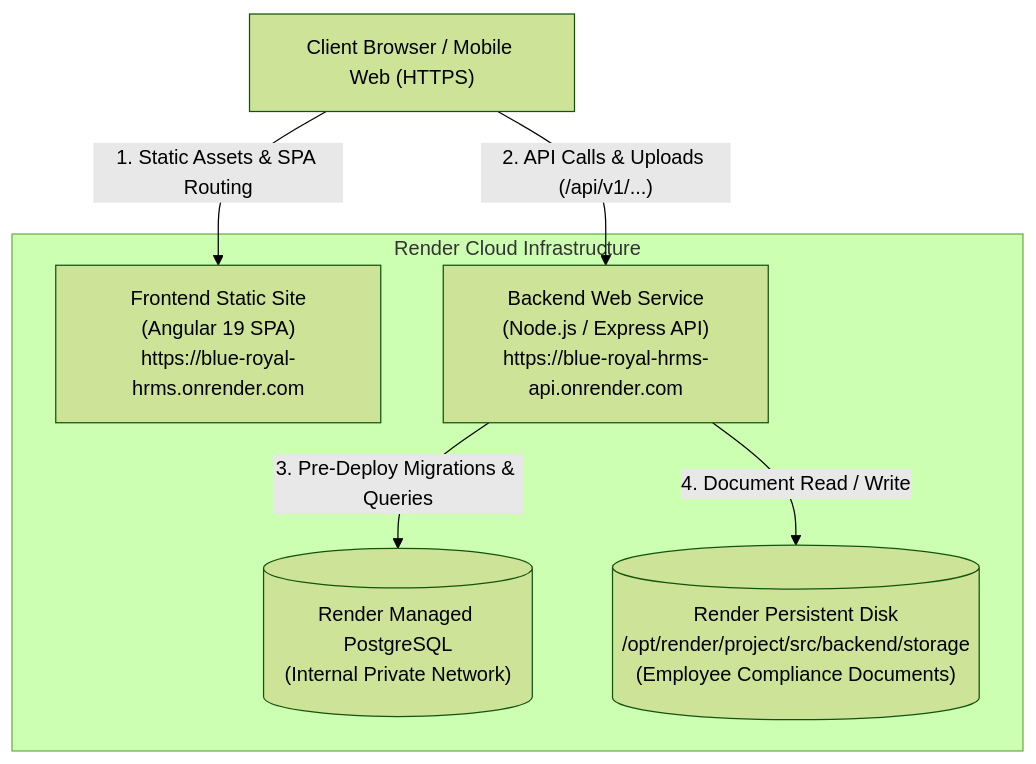
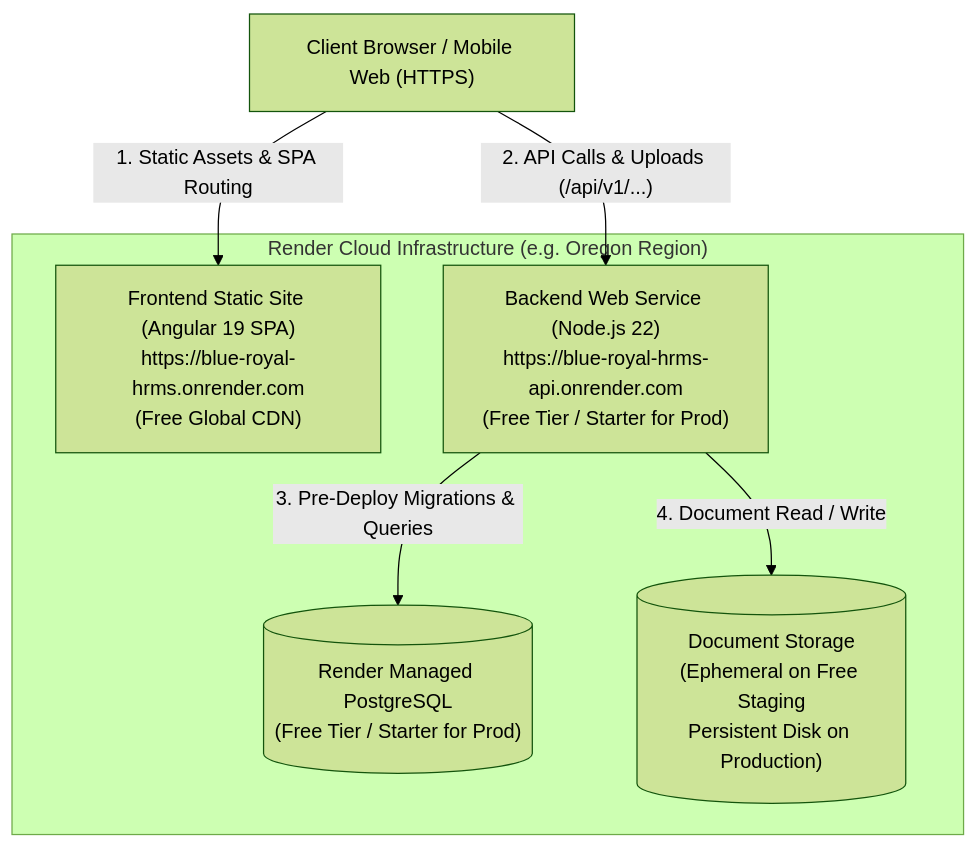
The diagram in docs/deployment/RENDER_DEPLOYMENT.md (VijayTallolli12/BlueRoyal), drawn with Mermaid (forest theme) before and after one commit. The commit also changed other lines of this file and 1 other file, not shown here.

Commit message:
Free Render account setup

````diff
--- a/docs/deployment/RENDER_DEPLOYMENT.md
+++ b/docs/deployment/RENDER_DEPLOYMENT.md
@@ -9,16 +22,16 @@
 ```mermaid
 flowchart TB
     User["Client Browser / Mobile Web (HTTPS)"]
     
-    subgraph Render["Render Cloud Infrastructure"]
-        StaticSite["Frontend Static Site<br/>(Angular 19 SPA)<br/>https://blue-royal-hrms.onrender.com"]
-        WebService["Backend Web Service<br/>(Node.js / Express API)<br/>https://blue-royal-hrms-api.onrender.com"]
-        ManagedDB[("Render Managed PostgreSQL<br/>(Internal Private Network)")]
-        Disk[("Render Persistent Disk<br/>/opt/render/project/src/backend/storage<br/>(Employee Compliance Documents)")]
+    subgraph Render["Render Cloud Infrastructure (e.g. Oregon Region)"]
+        StaticSite["Frontend Static Site (Angular 19 SPA)<br/>https://blue-royal-hrms.onrender.com<br/>(Free Global CDN)"]
+        WebService["Backend Web Service (Node.js 22)<br/>https://blue-royal-hrms-api.onrender.com<br/>(Free Tier / Starter for Prod)"]
+        ManagedDB[("Render Managed PostgreSQL<br/>(Free Tier / Starter for Prod)")]
+        Disk[("Document Storage<br/>(Ephemeral on Free Staging<br/>Persistent Disk on Production)")]
     end
 
     User -->|"1. Static Assets & SPA Routing"| StaticSite
     User -->|"2. API Calls & Uploads (/api/v1/...)"| WebService
     WebService -->|"3. Pre-Deploy Migrations & Queries"| ManagedDB
     WebService -->|"4. Document Read / Write"| Disk
 ```
````
